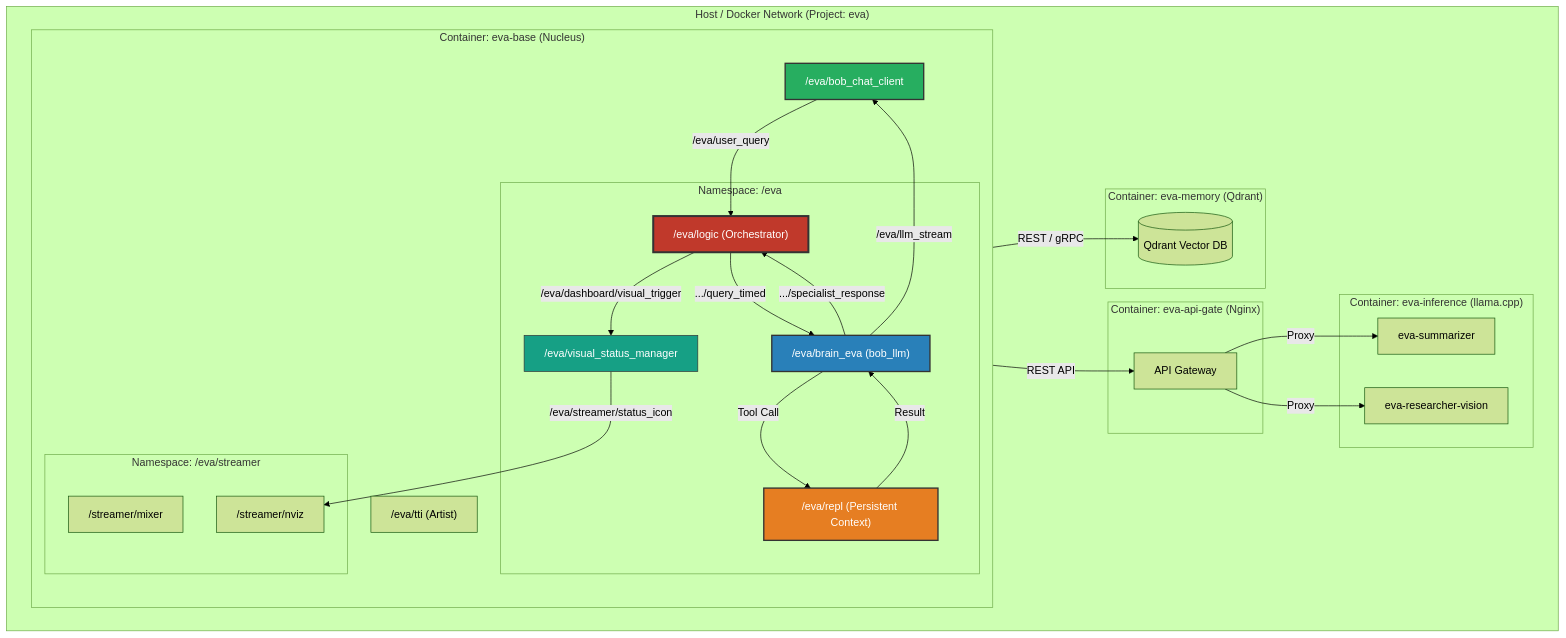
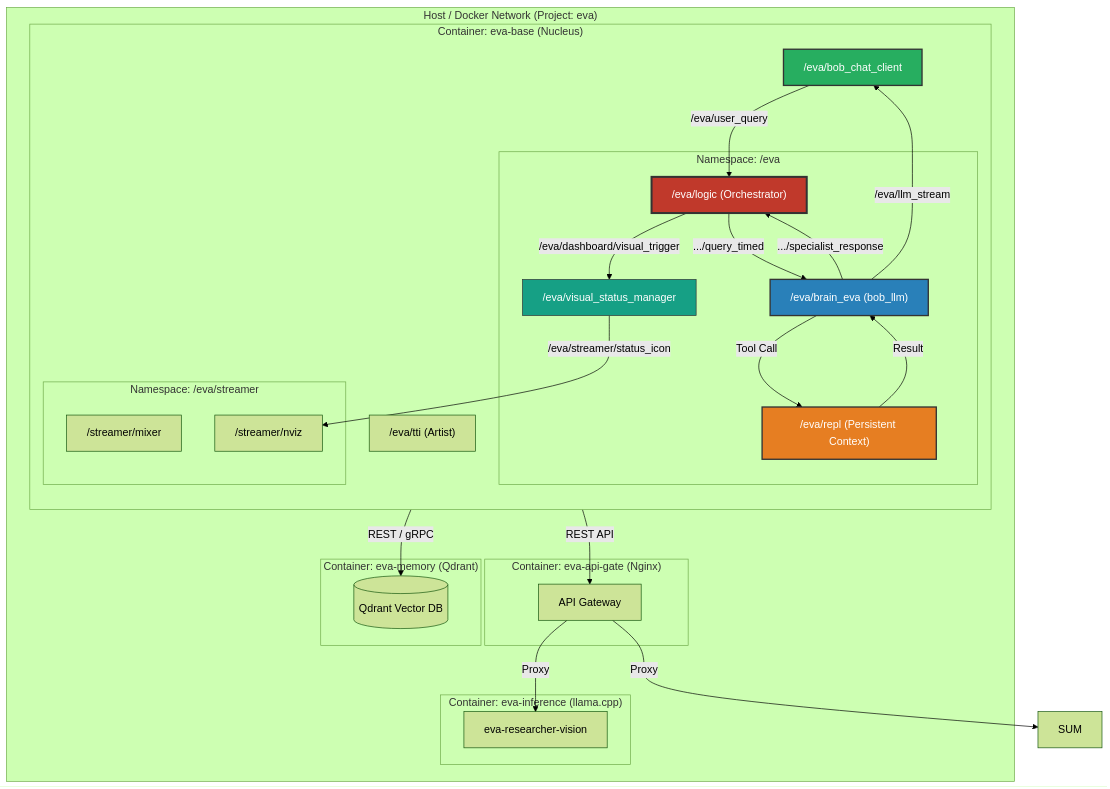
The diagram in README.md (bob-ros2/bob_central), drawn with Mermaid (forest theme) before and after one commit. The commit also changed other lines of this file and 56 other files, not shown here.

````diff
--- a/README.md
+++ b/README.md
@@ -60,68 +60,67 @@
 ```mermaid
 graph TD
     subgraph "Host / Docker Network (Project: eva)"
         subgraph "Container: eva-api-gate (Nginx)"
             GATE[API Gateway]
         end
 
         subgraph "Container: eva-inference (llama.cpp)"
-            SUM[eva-summarizer]
             VIS[eva-researcher-vision]
         end
 
         subgraph "Container: eva-base (Nucleus)"
             direction TB
             
             subgraph "Namespace: /eva"
                 LOGIC["/eva/logic (Orchestrator)"]
                 BRAIN["/eva/brain_eva (bob_llm)"]
                 REPL["/eva/repl (Persistent Context)"]
                 VMGR["/eva/visual_status_manager"]
             end
 
             CLIENT["/eva/bob_chat_client"]
             
             subgraph "Namespace: /eva/streamer"
                 MIXER["/streamer/mixer"]
                 NVIZ["/streamer/nviz"]
             end
 
             TTI["/eva/tti (Artist)"]
         end
 
         subgraph "Container: eva-memory (Qdrant)"
             QDRANT[(Qdrant Vector DB)]
         end
     end
 
     %% Queries
     CLIENT -- "/eva/user_query" --> LOGIC
     LOGIC -- ".../query_timed" --> BRAIN
     BRAIN -- ".../specialist_response" --> LOGIC
     
     %% Recursive / Persistent Work
     BRAIN -- "Tool Call" --> REPL
     REPL -- "Result" --> BRAIN
     
     %% Status / Dashboard
     LOGIC -- "/eva/dashboard/visual_trigger" --> VMGR
     VMGR -- "/eva/streamer/status_icon" --> NVIZ
 
     %% Output to Client
     BRAIN -- "/eva/llm_stream" --> CLIENT
     
     %% Inference / Proxy
     GATE -- "Proxy" --> SUM
     GATE -- "Proxy" --> VIS
     BRAIN -- "REST API" --> GATE
 
     %% Memory Access
     BRAIN -- "REST / gRPC" --> QDRANT
 
     %% Styling
     style LOGIC fill:#c0392b,stroke:#333,stroke-width:3px,color:#fff
     style BRAIN fill:#2980b9,stroke:#333,stroke-width:2px,color:#fff
     style REPL fill:#e67e22,stroke:#333,stroke-width:2px,color:#fff
     style VMGR fill:#16a085,stroke:#333,color:#fff
     style CLIENT fill:#27ae60,stroke:#333,stroke-width:2px,color:#fff
 ```
````
